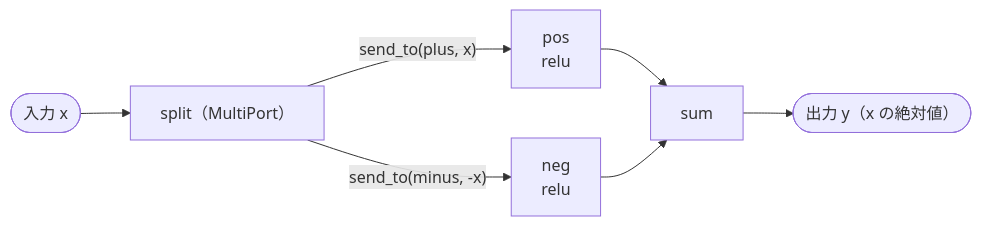
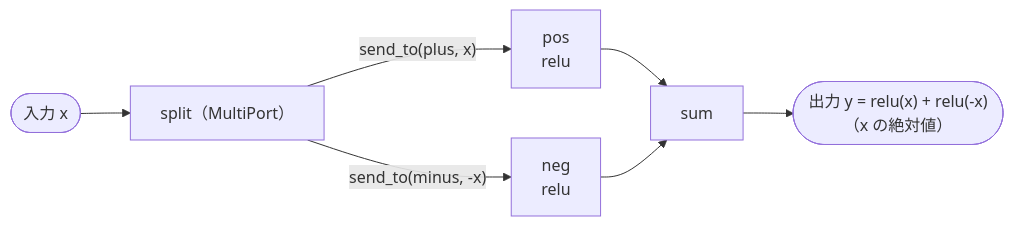
Before and after one commit to Geson-anko/mujou: the second of 2 diagrams in docs/ja/topics/ports.md, drawn with Mermaid. The commit also changed other lines of this file and 49 other files, not shown here.

````diff
--- a/docs/ja/topics/ports.md
+++ b/docs/ja/topics/ports.md
@@ -241,9 +106,9 @@
 ```mermaid
 flowchart LR
     IN(["入力 x"]) --> SP["split（MultiPort）"]
     SP -->|"send_to(plus, x)"| P["pos<br/>relu"]
     SP -->|"send_to(minus, -x)"| N["neg<br/>relu"]
     P --> SUM["sum"]
     N --> SUM
-    SUM --> OUT(["出力 y（x の絶対値）"])
+    SUM --> OUT(["出力 y = relu(x) + relu(-x)<br/>（x の絶対値）"])
 ```
````
